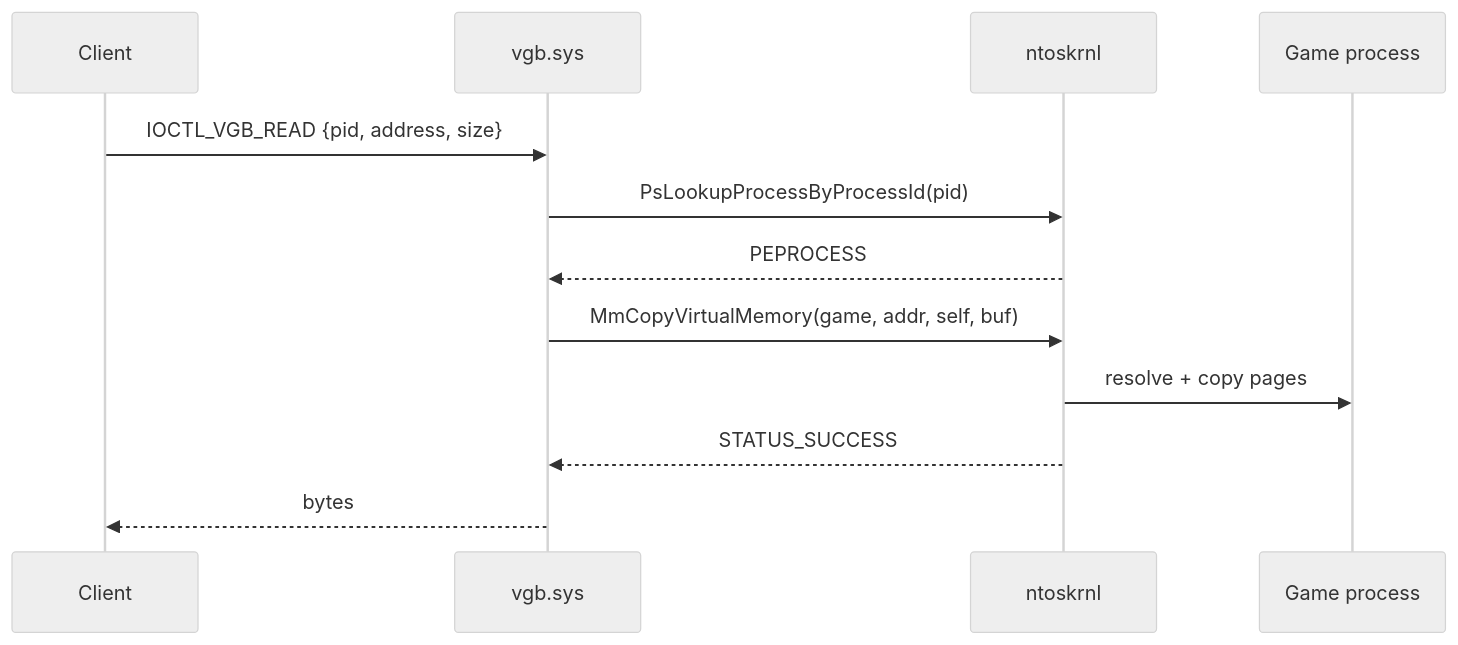
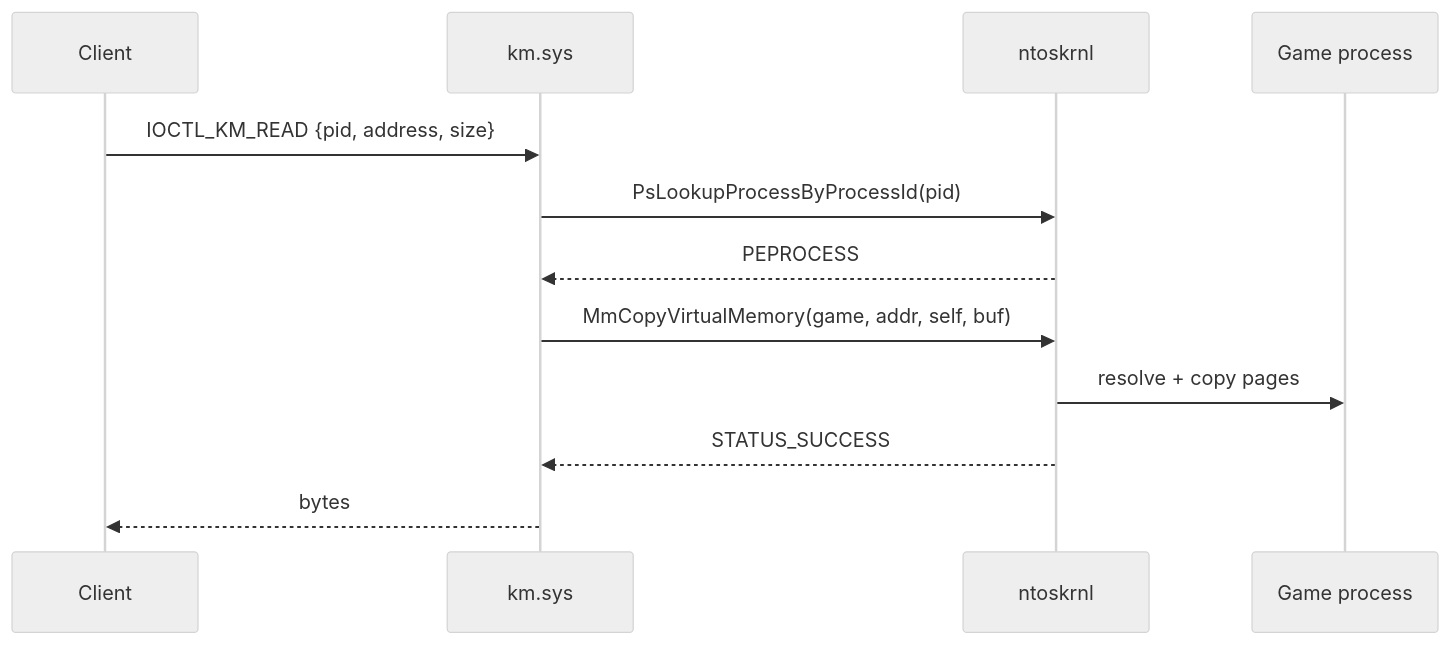
Before and after one commit to 0xMALVEE/kernmem: the third of 5 diagrams in docs/architecture.md, drawn with Mermaid (neutral theme). The commit also changed other lines of this file and 919 other files, not shown here.

````diff
--- a/docs/architecture.md
+++ b/docs/architecture.md
@@ -86,15 +86,15 @@
 ```mermaid
 sequenceDiagram
     participant C as Client
-    participant D as vgb.sys
+    participant D as km.sys
     participant N as ntoskrnl
     participant G as Game process
 
-    C->>D: IOCTL_VGB_READ {pid, address, size}
+    C->>D: IOCTL_KM_READ {pid, address, size}
     D->>N: PsLookupProcessByProcessId(pid)
     N-->>D: PEPROCESS
     D->>N: MmCopyVirtualMemory(game, addr, self, buf)
     N->>G: resolve + copy pages
     N-->>D: STATUS_SUCCESS
     D-->>C: bytes
 ```
````
